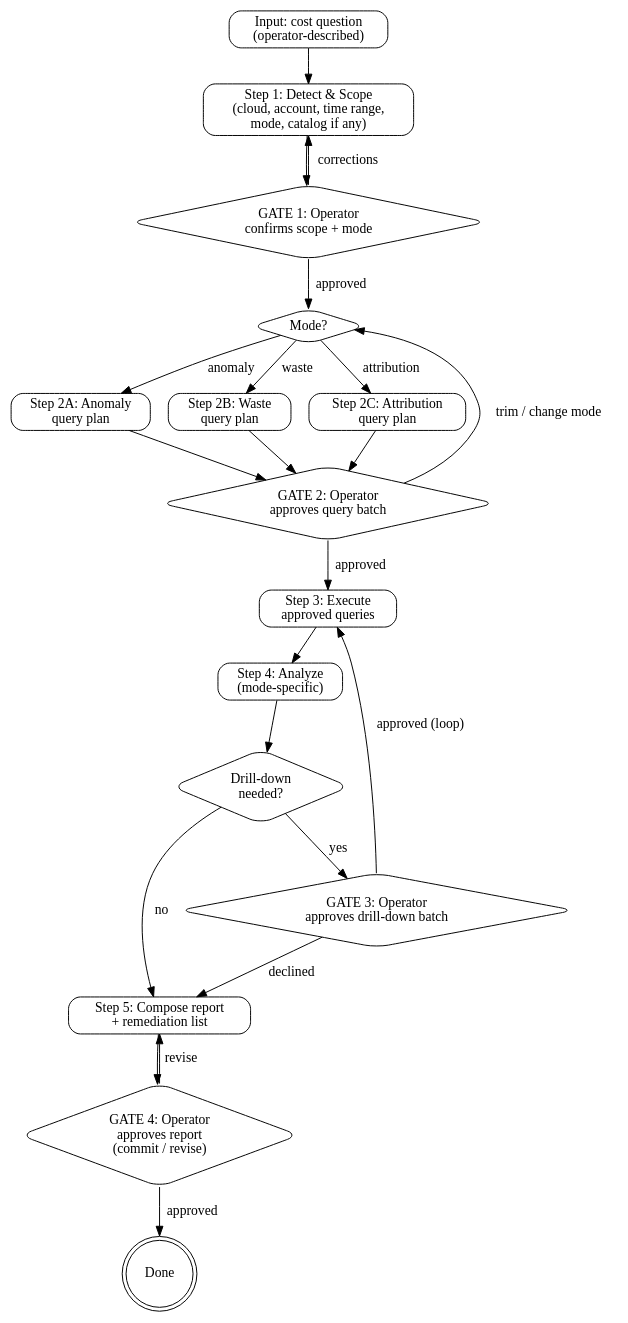
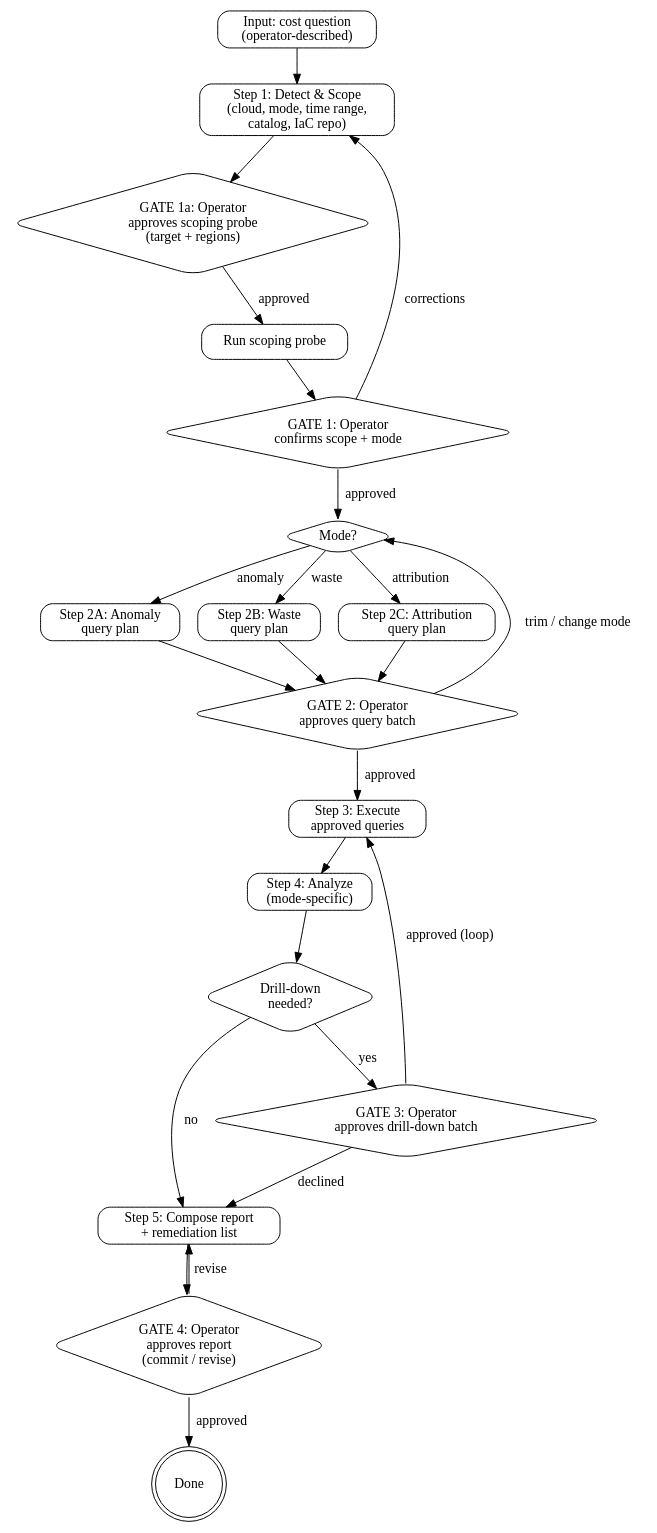
The diagram in skills/cloud-cost-investigate/SKILL.md (culiops/culiops-agent), drawn with Graphviz before and after one commit. The commit also changed other lines of this file and 42 other files, not shown here.

````diff
--- a/skills/cloud-cost-investigate/SKILL.md
+++ b/skills/cloud-cost-investigate/SKILL.md
@@ -125,44 +144,48 @@
 ```dot
 digraph cost_investigate {
     rankdir=TB;
     node [shape=box, style=rounded];
 
     input    [label="Input: cost question\n(operator-described)"];
-    detect   [label="Step 1: Detect & Scope\n(cloud, account, time range,\nmode, catalog if any)"];
+    detect   [label="Step 1: Detect & Scope\n(cloud, mode, time range,\ncatalog, IaC repo)"];
+    gate1a   [label="GATE 1a: Operator\napproves scoping probe\n(target + regions)", shape=diamond];
+    probe    [label="Run scoping probe"];
     gate1    [label="GATE 1: Operator\nconfirms scope + mode", shape=diamond];
     branch   [label="Mode?", shape=diamond];
     qa       [label="Step 2A: Anomaly\nquery plan"];
     qw       [label="Step 2B: Waste\nquery plan"];
     qattr    [label="Step 2C: Attribution\nquery plan"];
     gate2    [label="GATE 2: Operator\napproves query batch", shape=diamond];
     exec     [label="Step 3: Execute\napproved queries"];
     analyze  [label="Step 4: Analyze\n(mode-specific)"];
     drill    [label="Drill-down\nneeded?", shape=diamond];
     gate3    [label="GATE 3: Operator\napproves drill-down batch", shape=diamond];
     report   [label="Step 5: Compose report\n+ remediation list"];
     gate4    [label="GATE 4: Operator\napproves report\n(commit / revise)", shape=diamond];
     done     [label="Done", shape=doublecircle];
 
     input -> detect;
-    detect -> gate1;
+    detect -> gate1a;
+    gate1a -> probe       [label="approved"];
+    probe -> gate1;
     gate1 -> branch       [label="approved"];
     gate1 -> detect       [label="corrections"];
     branch -> qa          [label="anomaly"];
     branch -> qw          [label="waste"];
     branch -> qattr       [label="attribution"];
     qa -> gate2;
     qw -> gate2;
     qattr -> gate2;
     gate2 -> exec         [label="approved"];
     gate2 -> branch       [label="trim / change mode"];
     exec -> analyze;
     analyze -> drill;
     drill -> gate3        [label="yes"];
     drill -> report       [label="no"];
     gate3 -> exec         [label="approved (loop)"];
     gate3 -> report       [label="declined"];
     report -> gate4;
     gate4 -> report       [label="revise"];
     gate4 -> done         [label="approved"];
 }
 ```
````
